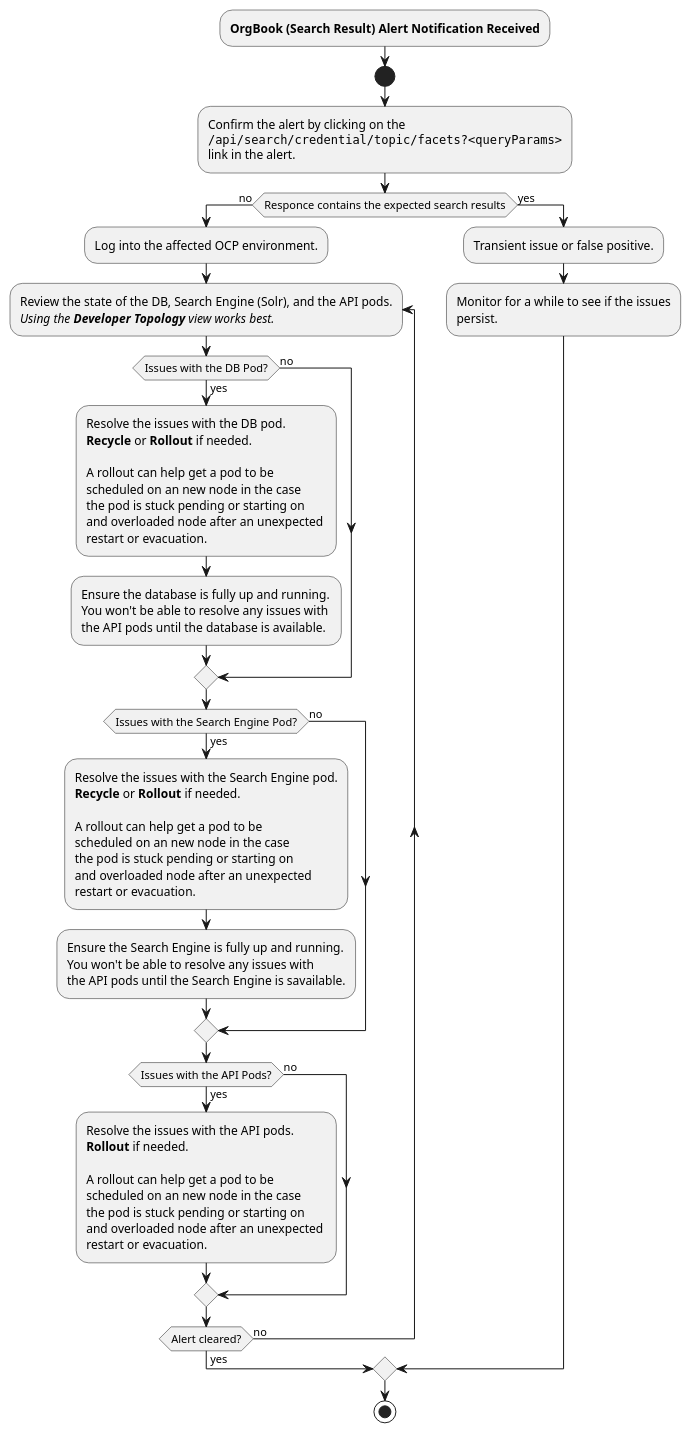
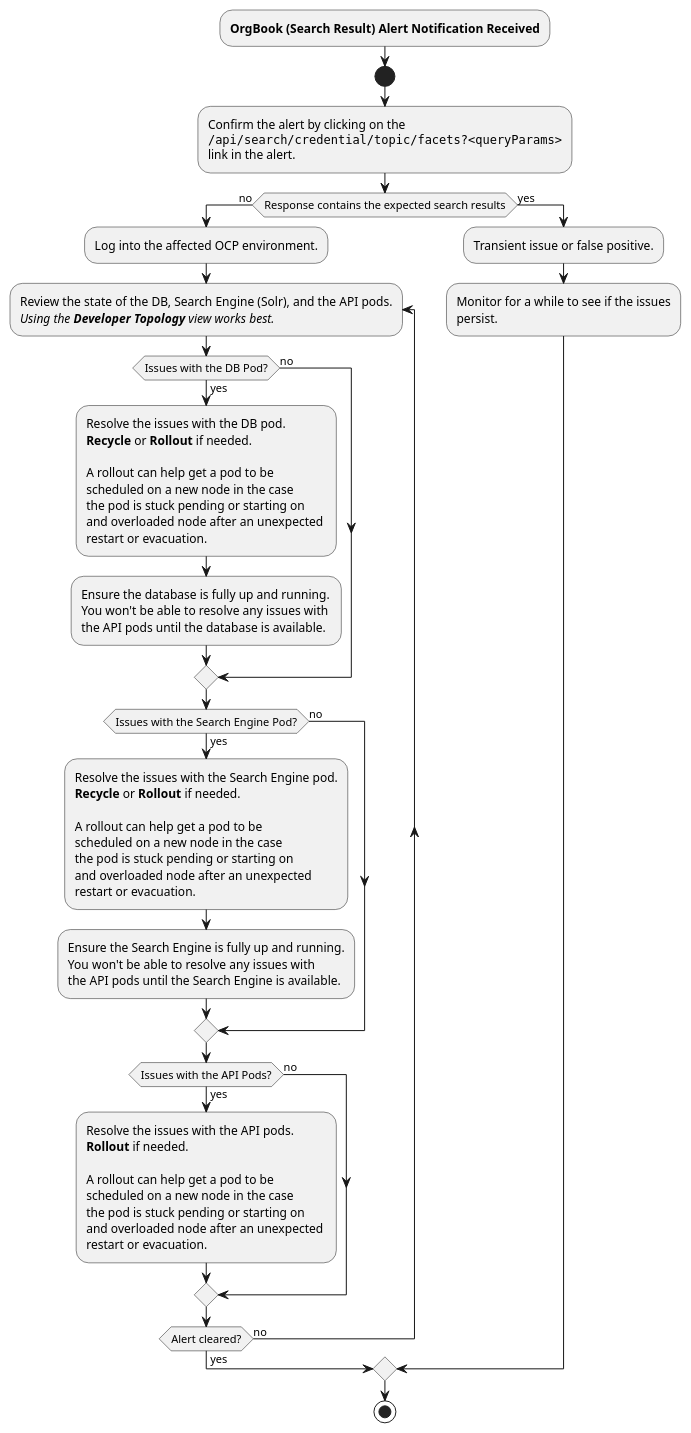
Before and after one commit to bcgov/DITP-DevOps: the diagram in docs/diagrams/search-result-decision-tree.puml, drawn with PlantUML. The commit also changed 1 other file, not shown here.

```diff
--- a/docs/diagrams/search-result-decision-tree.puml
+++ b/docs/diagrams/search-result-decision-tree.puml
@@ -1,57 +1,57 @@
 @startuml
 
 :**OrgBook (Search Result) Alert Notification Received**;
 start
 :Confirm the alert by clicking on the 
 ""/api/search/credential/topic/facets?<queryParams>""
 link in the alert.;
-if (Responce contains the expected search results) then (no)
+if (Response contains the expected search results) then (no)
   :Log into the affected OCP environment.;
   repeat :Review the state of the DB, Search Engine (Solr), and the API pods.\n//Using the **Developer Topology** view works best.//;
     if(Issues with the DB Pod?) then (yes)
       :Resolve the issues with the DB pod.
       **Recycle** or **Rollout** if needed.
 
       A rollout can help get a pod to be
-      scheduled on an new node in the case 
+      scheduled on a new node in the case 
       the pod is stuck pending or starting on
       and overloaded node after an unexpected 
       restart or evacuation.;
       :Ensure the database is fully up and running.
       You won't be able to resolve any issues with 
       the API pods until the database is available.;
     else (no)
     endif
     if(Issues with the Search Engine Pod?) then (yes)
       :Resolve the issues with the Search Engine pod.
       **Recycle** or **Rollout** if needed.
       
       A rollout can help get a pod to be
-      scheduled on an new node in the case 
+      scheduled on a new node in the case 
       the pod is stuck pending or starting on
       and overloaded node after an unexpected 
       restart or evacuation.;
       :Ensure the Search Engine is fully up and running.
       You won't be able to resolve any issues with 
-      the API pods until the Search Engine is savailable.;
+      the API pods until the Search Engine is available.;
     else (no)
     endif
     if(Issues with the API Pods?) then (yes)
       :Resolve the issues with the API pods.
       **Rollout** if needed.
       
       A rollout can help get a pod to be
-      scheduled on an new node in the case 
+      scheduled on a new node in the case 
       the pod is stuck pending or starting on
       and overloaded node after an unexpected 
       restart or evacuation.;
     else (no)
     endif
   repeat while (Alert cleared?) is (no) not (yes)
 else (yes)
     :Transient issue or false positive.;
     :Monitor for a while to see if the issues
     persist.;
 endif
 stop
 @enduml
```
